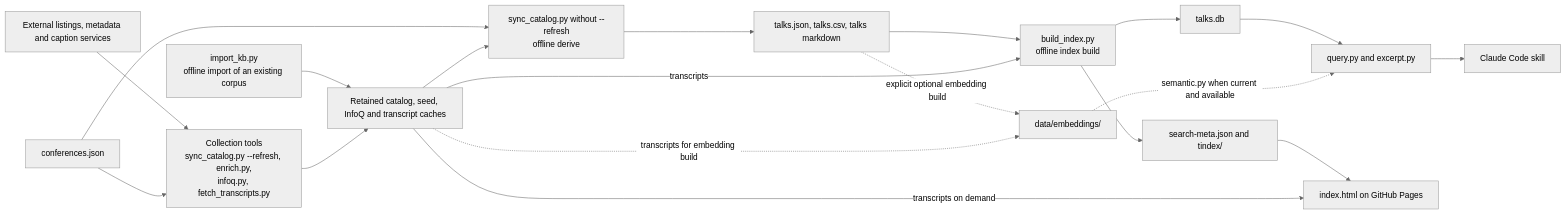
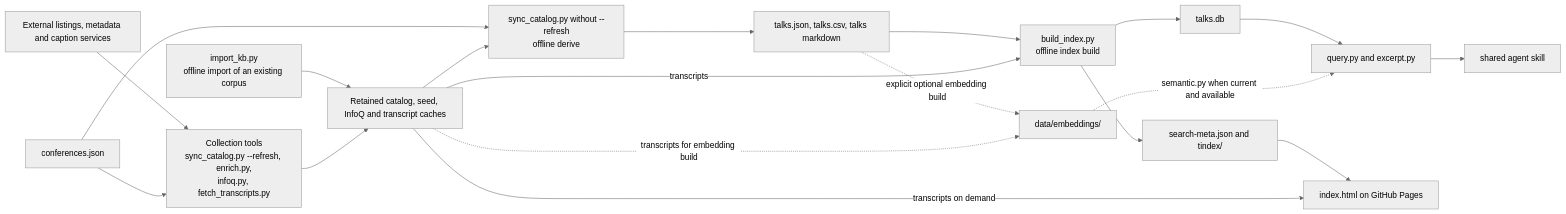
One commit to ppruchnerovic/ai-talks-universe changed the first of 2 diagrams in specs/ARCHITECTURE.md. Above: the diagram before and after it, drawn with Mermaid (neutral theme). The commit also changed other lines of this file and 10 other files, not shown here.

First line of the commit message:
feat(skills): Support shared agent skill discovery

````diff
--- a/specs/ARCHITECTURE.md
+++ b/specs/ARCHITECTURE.md
@@ -21,21 +21,21 @@
 ```mermaid
 flowchart LR
     NET["External listings, metadata and caption services"] --> ACQ["Collection tools<br/>sync_catalog.py --refresh, enrich.py,<br/>infoq.py, fetch_transcripts.py"]
     IMPORT["import_kb.py<br/>offline import of an existing corpus"] --> CACHE
     REG["conferences.json"] --> ACQ
     ACQ --> CACHE["Retained catalog, seed, InfoQ and transcript caches"]
     REG --> DERIVE["sync_catalog.py without --refresh<br/>offline derive"]
     CACHE --> DERIVE
     DERIVE --> CORPUS["talks.json, talks.csv, talks markdown"]
     CORPUS --> BUILD["build_index.py<br/>offline index build"]
     CACHE -- transcripts --> BUILD
     BUILD --> DB["talks.db"]
     BUILD --> WEBIDX["search-meta.json and tindex/"]
     DB --> CLI["query.py and excerpt.py"]
-    CLI --> SKILL["Claude Code skill"]
+    CLI --> SKILL["shared agent skill"]
     WEBIDX --> WEB["index.html on GitHub Pages"]
     CACHE -- "transcripts on demand" --> WEB
     CORPUS -. "explicit optional embedding build" .-> SEM["data/embeddings/"]
     CACHE -. "transcripts for embedding build" .-> SEM
     SEM -. "semantic.py when current and available" .-> CLI
 ```
````
